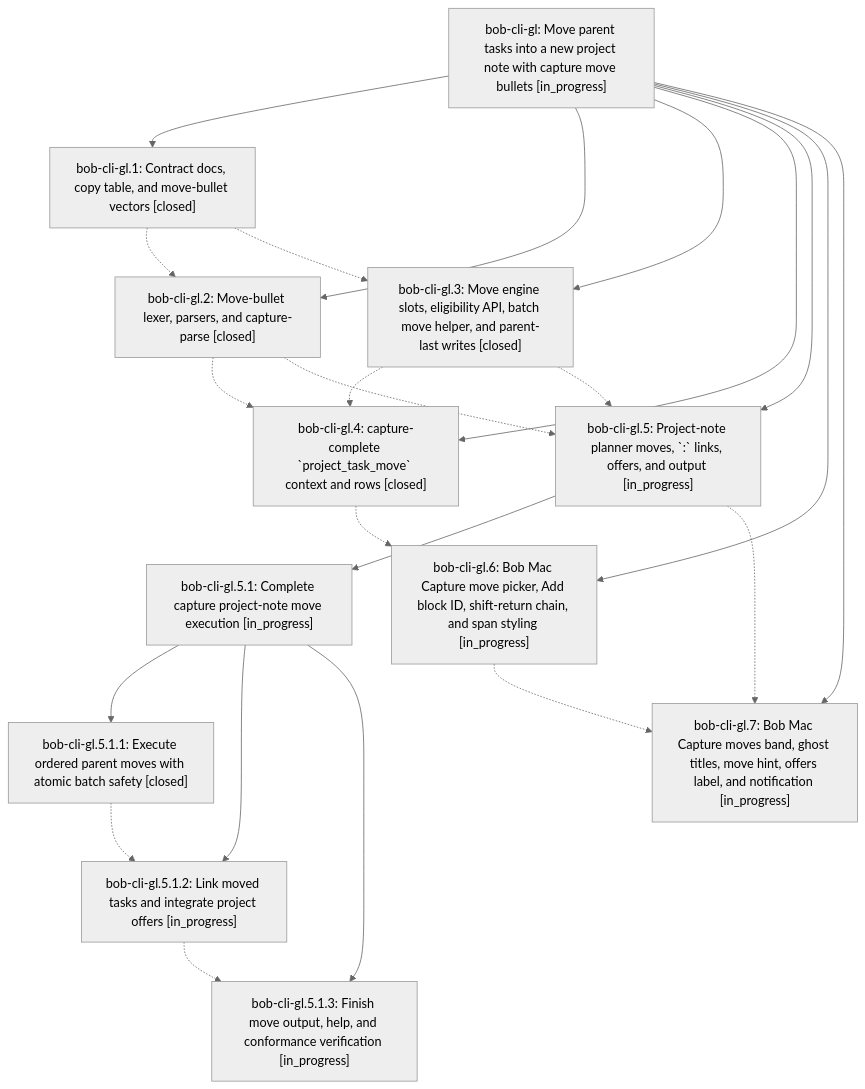
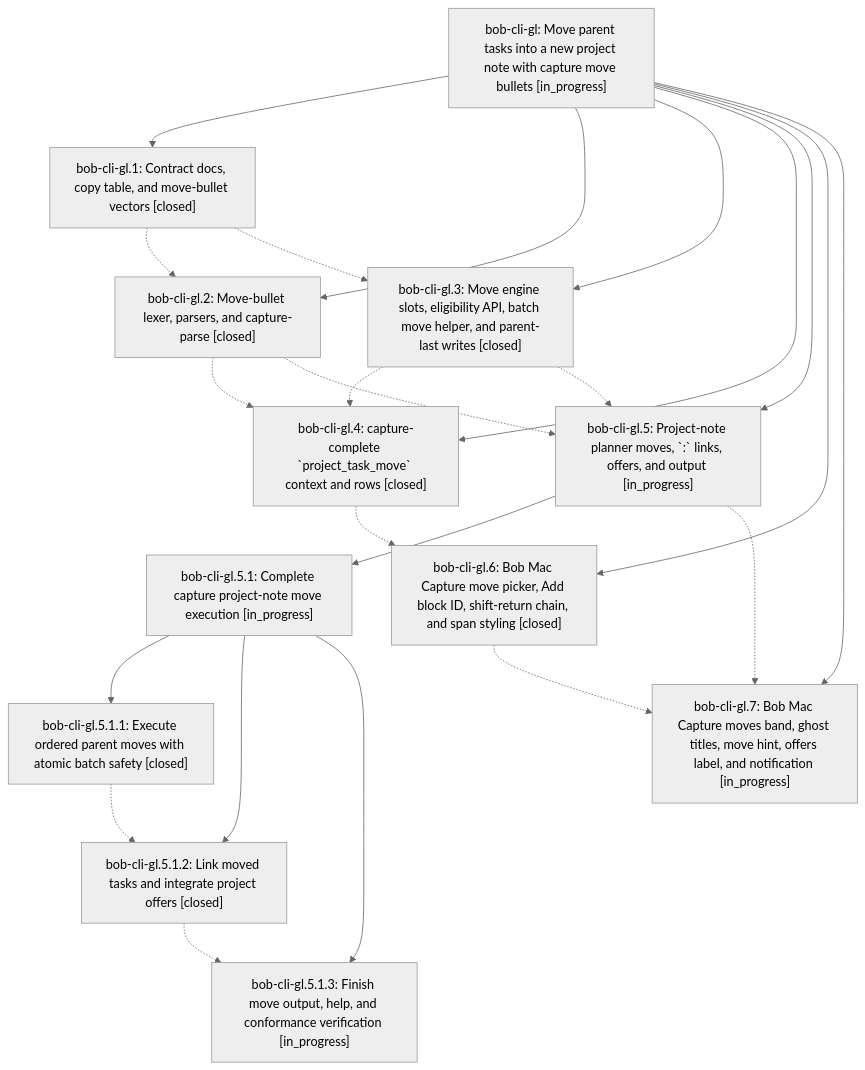
One commit to bobs-org/bob-cli--beads changed the diagram in pages/bob-cli-gl/README.md. Above: the diagram before and after it, drawn with Mermaid (neutral theme). The commit also changed other lines of this file and 5 other files, not shown here.

First line of the commit message:
chore(beads): sync bead state and pages for bob-cli-gl

````diff
--- a/pages/bob-cli-gl/README.md
+++ b/pages/bob-cli-gl/README.md
@@ -42,37 +42,37 @@
 ```mermaid
 flowchart TD
     n0["bob-cli-gl: Move parent tasks into a new project note with capture move bullets [in_progress]"]
     n1["bob-cli-gl.1: Contract docs, copy table, and move-bullet vectors [closed]"]
     n2["bob-cli-gl.2: Move-bullet lexer, parsers, and capture-parse [closed]"]
     n3["bob-cli-gl.3: Move engine slots, eligibility API, batch move helper, and parent-last writes [closed]"]
     n4["bob-cli-gl.4: capture-complete `project_task_move` context and rows [closed]"]
     n5["bob-cli-gl.5: Project-note planner moves, `:` links, offers, and output [in_progress]"]
     n6["bob-cli-gl.5.1: Complete capture project-note move execution [in_progress]"]
     n7["bob-cli-gl.5.1.1: Execute ordered parent moves with atomic batch safety [closed]"]
-    n8["bob-cli-gl.5.1.2: Link moved tasks and integrate project offers [in_progress]"]
+    n8["bob-cli-gl.5.1.2: Link moved tasks and integrate project offers [closed]"]
     n9["bob-cli-gl.5.1.3: Finish move output, help, and conformance verification [in_progress]"]
-    n10["bob-cli-gl.6: Bob Mac Capture move picker, Add block ID, shift-return chain, and span styling [in_progress]"]
+    n10["bob-cli-gl.6: Bob Mac Capture move picker, Add block ID, shift-return chain, and span styling [closed]"]
     n11["bob-cli-gl.7: Bob Mac Capture moves band, ghost titles, move hint, offers label, and notification [in_progress]"]
     n0 --> n1
     n0 --> n2
     n0 --> n3
     n0 --> n4
     n0 --> n5
     n5 --> n6
     n6 --> n7
     n6 --> n8
     n6 --> n9
     n0 --> n10
     n0 --> n11
     n1 -.-> n2
     n1 -.-> n3
     n2 -.-> n4
     n2 -.-> n5
     n3 -.-> n4
     n3 -.-> n5
     n4 -.-> n10
     n5 -.-> n11
     n7 -.-> n8
     n8 -.-> n9
     n10 -.-> n11
 ```
````
